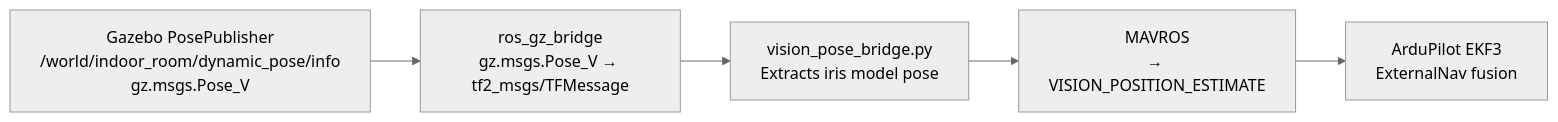
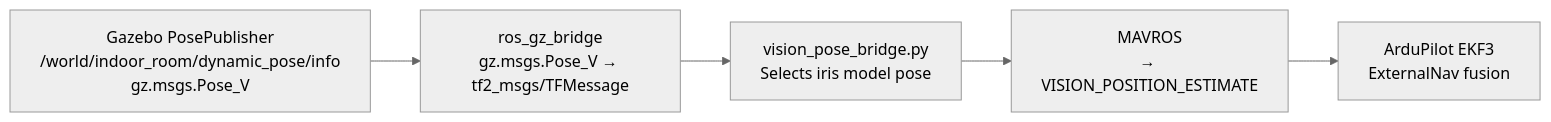
One commit to Black-Bee-Drones/nectar-sdk changed the second of 2 diagrams in nectar/simulation/README.md. Above: the diagram before and after it, drawn with Mermaid (neutral theme). The commit also changed other lines of this file and 7 other files, not shown here.

````diff
--- a/nectar/simulation/README.md
+++ b/nectar/simulation/README.md
@@ -236,10 +252,10 @@
 ```mermaid
 flowchart LR
     GzPose["Gazebo PosePublisher<br/>/world/indoor_room/dynamic_pose/info<br/>gz.msgs.Pose_V"]
     Bridge["ros_gz_bridge<br/>gz.msgs.Pose_V → tf2_msgs/TFMessage"]
-    VPB["vision_pose_bridge.py<br/>Extracts iris model pose"]
+    VPB["vision_pose_bridge.py<br/>Selects iris model pose"]
     MAVROS["MAVROS<br/>→ VISION_POSITION_ESTIMATE"]
     EKF["ArduPilot EKF3<br/>ExternalNav fusion"]
 
     GzPose --> Bridge --> VPB --> MAVROS --> EKF
 ```
````
